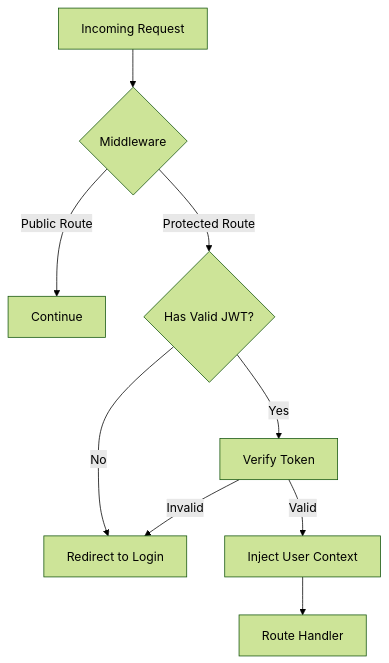
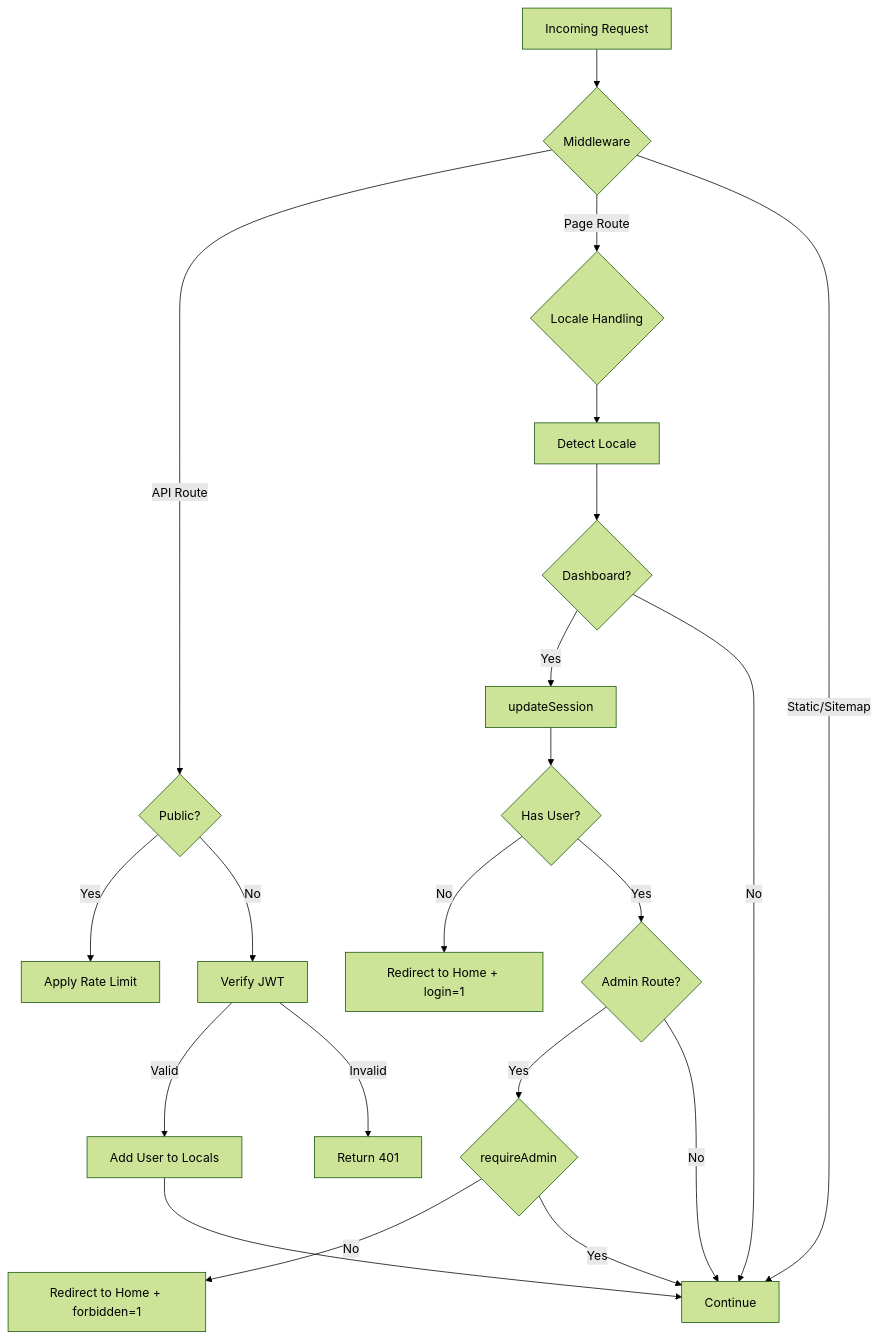
The second of 2 diagrams in docs/technical/systems/authentication.md (ColdstartLabs-ca/astro-saas-boilerplate), drawn with Mermaid (forest theme) before and after one commit. The commit also changed other lines of this file and 8 other files, not shown here.

````diff
--- a/docs/technical/systems/authentication.md
+++ b/docs/technical/systems/authentication.md
@@ -267,15 +164,32 @@
 ```mermaid
 flowchart TD
     REQ[Incoming Request] --> MW{Middleware}
 
-    MW -->|Public Route| PUBLIC[Continue]
-    MW -->|Protected Route| CHECK{Has Valid JWT?}
+    MW -->|API Route| API_CHECK{Public?}
+    MW -->|Page Route| LOCALE{Locale Handling}
+    MW -->|Static/Sitemap| NEXT[Continue]
 
-    CHECK -->|Yes| VERIFY[Verify Token]
-    CHECK -->|No| REDIRECT[Redirect to Login]
+    API_CHECK -->|Yes| PUB[Apply Rate Limit]
+    API_CHECK -->|No| AUTH[Verify JWT]
 
-    VERIFY -->|Valid| INJECT[Inject User Context]
-    VERIFY -->|Invalid| REDIRECT
+    AUTH -->|Valid| ADD_CTX[Add User to Locals]
+    AUTH -->|Invalid| 401[Return 401]
 
-    INJECT --> HANDLER[Route Handler]
+    ADD_CTX --> NEXT
+
+    LOCALE --> DETECT[Detect Locale]
+    DETECT --> DASH{Dashboard?}
+
+    DASH -->|Yes| UPDATE[updateSession]
+    DASH -->|No| NEXT
+
+    UPDATE --> HAS_USER{Has User?}
+    HAS_USER -->|No| REDIRECT[Redirect to Home + login=1]
+    HAS_USER -->|Yes| ADMIN{Admin Route?}
+
+    ADMIN -->|Yes| CHECK_ADMIN{requireAdmin}
+    ADMIN -->|No| NEXT
+
+    CHECK_ADMIN -->|No| FORBIDDEN[Redirect to Home + forbidden=1]
+    CHECK_ADMIN -->|Yes| NEXT
 ```
````
